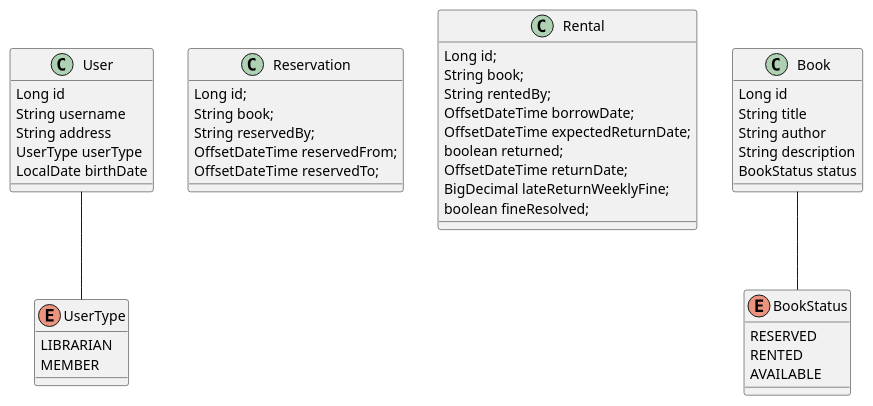
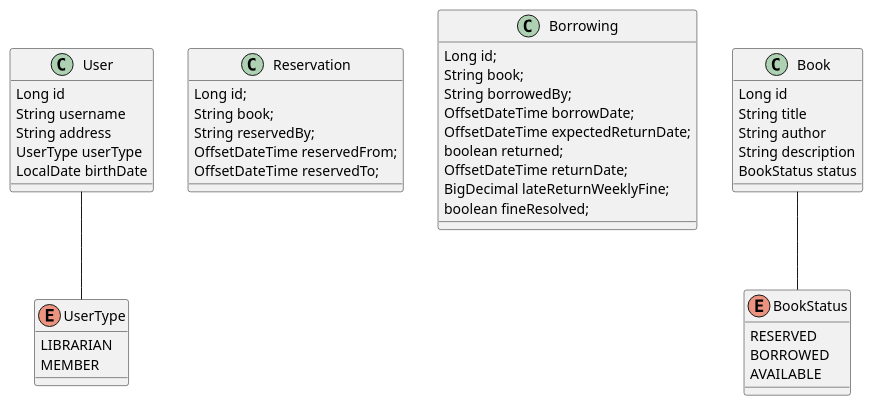
One commit to Crytastic/library-management-system changed the diagram in puml/classDiagram.puml. Above: the diagram before and after it, drawn with PlantUML. The commit also changed 52 other files, not shown here.

Commit message:
Rename Rental to Borrowing

```diff
--- a/puml/classDiagram.puml
+++ b/puml/classDiagram.puml
@@ -1,54 +1,54 @@
 @startuml
 
 
 class User {
 Long id
 String username
 String address
 UserType userType
 LocalDate birthDate
 }
 
 class Reservation {
 Long id;
 String book;
 String reservedBy;
 OffsetDateTime reservedFrom;
 OffsetDateTime reservedTo;
 }
 
-class Rental {
+class Borrowing {
 Long id;
 String book;
-String rentedBy;
+String borrowedBy;
 OffsetDateTime borrowDate;
 OffsetDateTime expectedReturnDate;
 boolean returned;
 OffsetDateTime returnDate;
 BigDecimal lateReturnWeeklyFine;
 boolean fineResolved;
 }
 
 class Book {
 Long id
 String title
 String author
 String description
 BookStatus status
 }
 
 enum UserType {
 LIBRARIAN
 MEMBER
 }
 
 enum BookStatus {
 RESERVED
-RENTED
+BORROWED
 AVAILABLE
 }
 
 Book -- BookStatus
 User -- UserType
 
 @enduml
```
